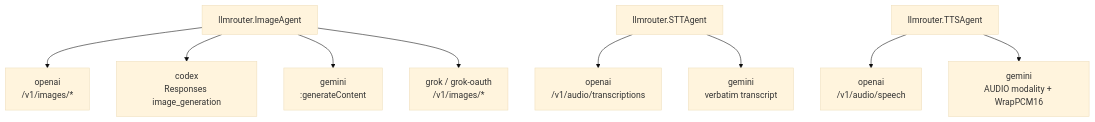
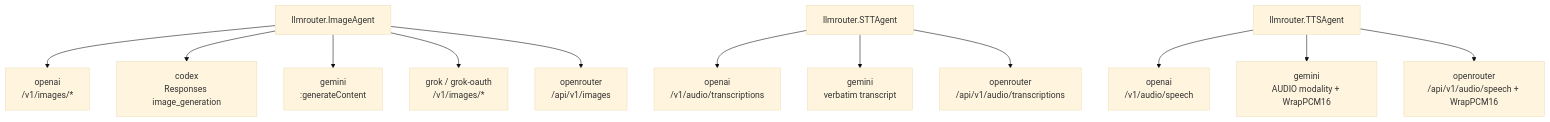
One commit to pardnchiu/go-llm-router changed the seventh of 11 diagrams in doc/architecture.md. Above: the diagram before and after it, drawn with Mermaid (base theme). The commit also changed other lines of this file and 5 other files, not shown here.

Commit message:
doc: Document OpenRouter media support and per-provider model filters

````diff
--- a/doc/architecture.md
+++ b/doc/architecture.md
@@ -164,11 +164,14 @@
 ```mermaid
 graph TB
     ImageAgent[llmrouter.ImageAgent] --> OpenAIImg[openai<br/>/v1/images/*]
     ImageAgent --> CodexImg[codex<br/>Responses image_generation]
     ImageAgent --> GeminiImg[gemini<br/>:generateContent]
     ImageAgent --> GrokImg[grok / grok-oauth<br/>/v1/images/*]
+    ImageAgent --> OpenRouterImg[openrouter<br/>/api/v1/images]
     STT[llmrouter.STTAgent] --> OpenAISTT[openai<br/>/v1/audio/transcriptions]
     STT --> GeminiSTT[gemini<br/>verbatim transcript]
+    STT --> OpenRouterSTT[openrouter<br/>/api/v1/audio/transcriptions]
     TTS[llmrouter.TTSAgent] --> OpenAITTS[openai<br/>/v1/audio/speech]
     TTS --> GeminiTTS[gemini<br/>AUDIO modality + WrapPCM16]
+    TTS --> OpenRouterTTS[openrouter<br/>/api/v1/audio/speech + WrapPCM16]
 ```
````
